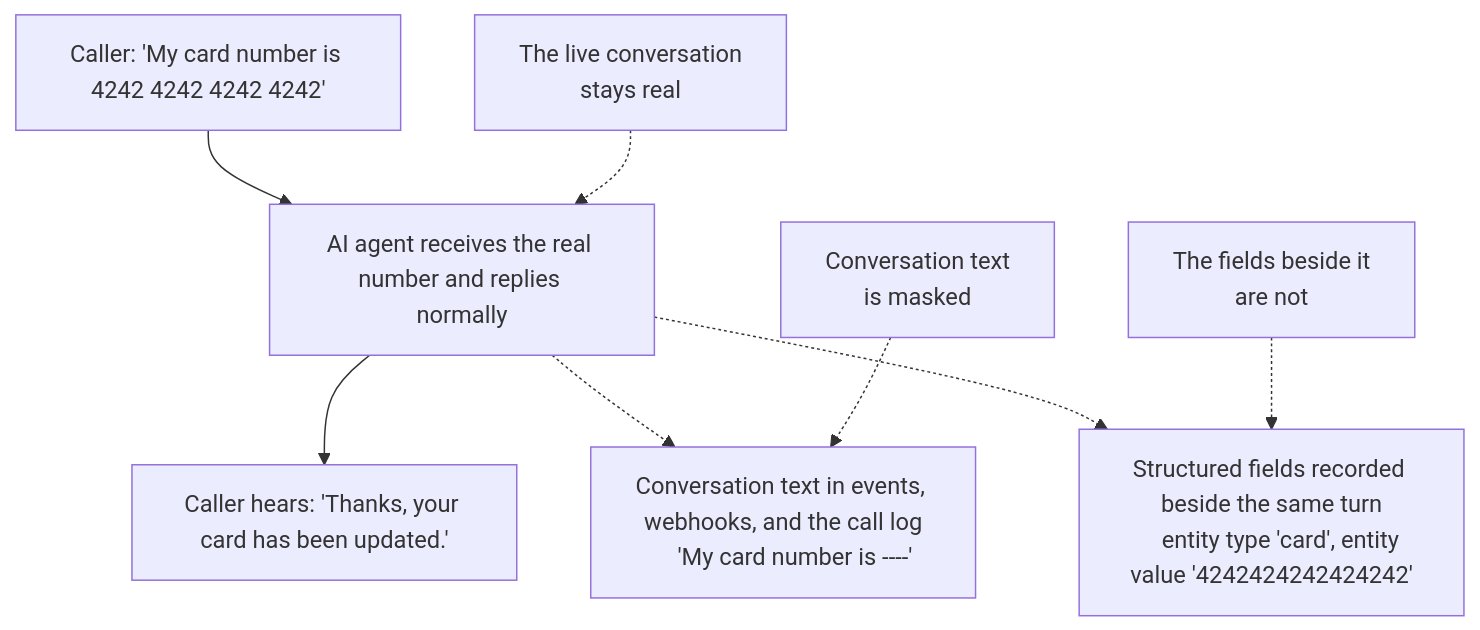
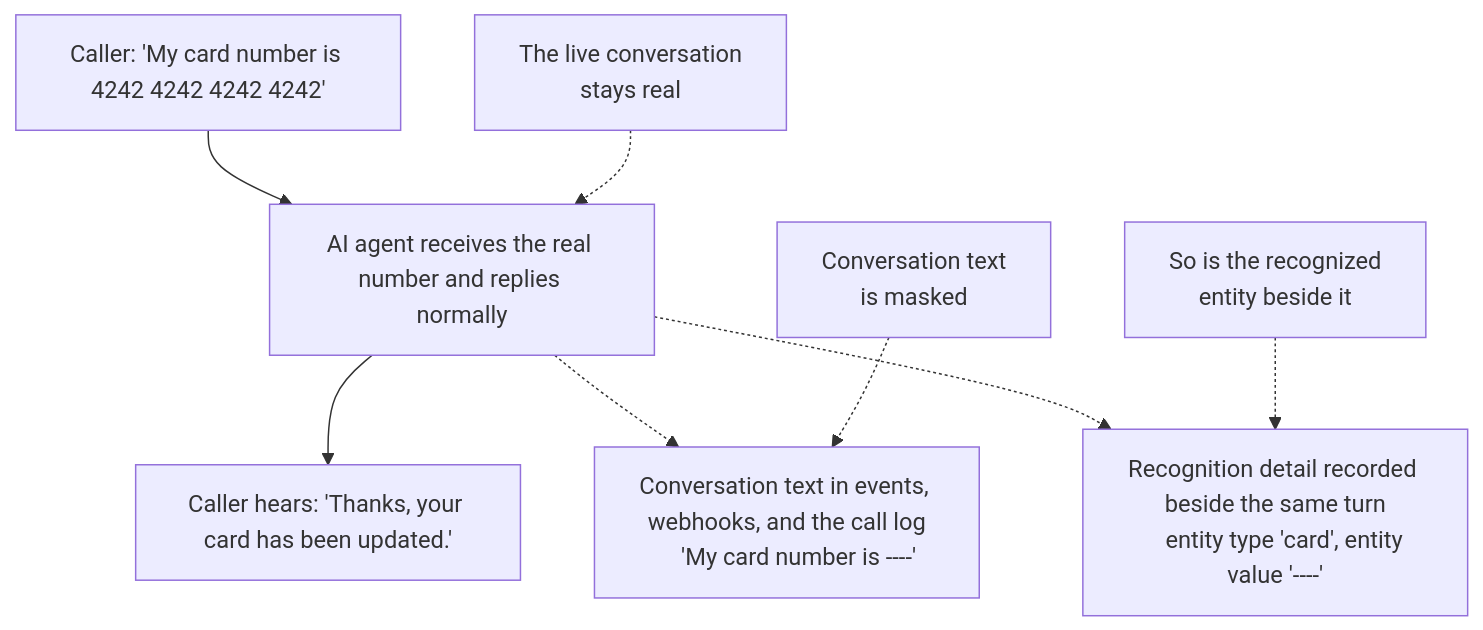
The diagram in fern/products/platform/pages/ai/guides/content-redaction/index.mdx (signalwire/docs), drawn with Mermaid before and after one commit. The commit also changed other lines of this file and 5 other files, not shown here.

````diff
--- a/fern/products/platform/pages/ai/guides/content-redaction/index.mdx
+++ b/fern/products/platform/pages/ai/guides/content-redaction/index.mdx
@@ -368,25 +369,25 @@
 ```mermaid
 flowchart TD
     C["Caller: 'My card number is 4242 4242 4242 4242'"]
     A["AI agent receives the real number and replies normally"]
     T["Caller hears: 'Thanks, your card has been updated.'"]
     R["Conversation text in events, webhooks, and the call log
     'My card number is ----'"]
-    M["Structured fields recorded beside the same turn
-    entity type 'card', entity value '4242424242424242'"]
+    M["Recognition detail recorded beside the same turn
+    entity type 'card', entity value '----'"]
 
     C --> A
     A --> T
     A -.-> R
     A -.-> M
 
     N1["The live conversation
     stays real"]
     N2["Conversation text
     is masked"]
-    N3["The fields beside it
-    are not"]
+    N3["So is the recognized
+    entity beside it"]
     N1 -.-> A
     N2 -.-> R
     N3 -.-> M
 ```
````
